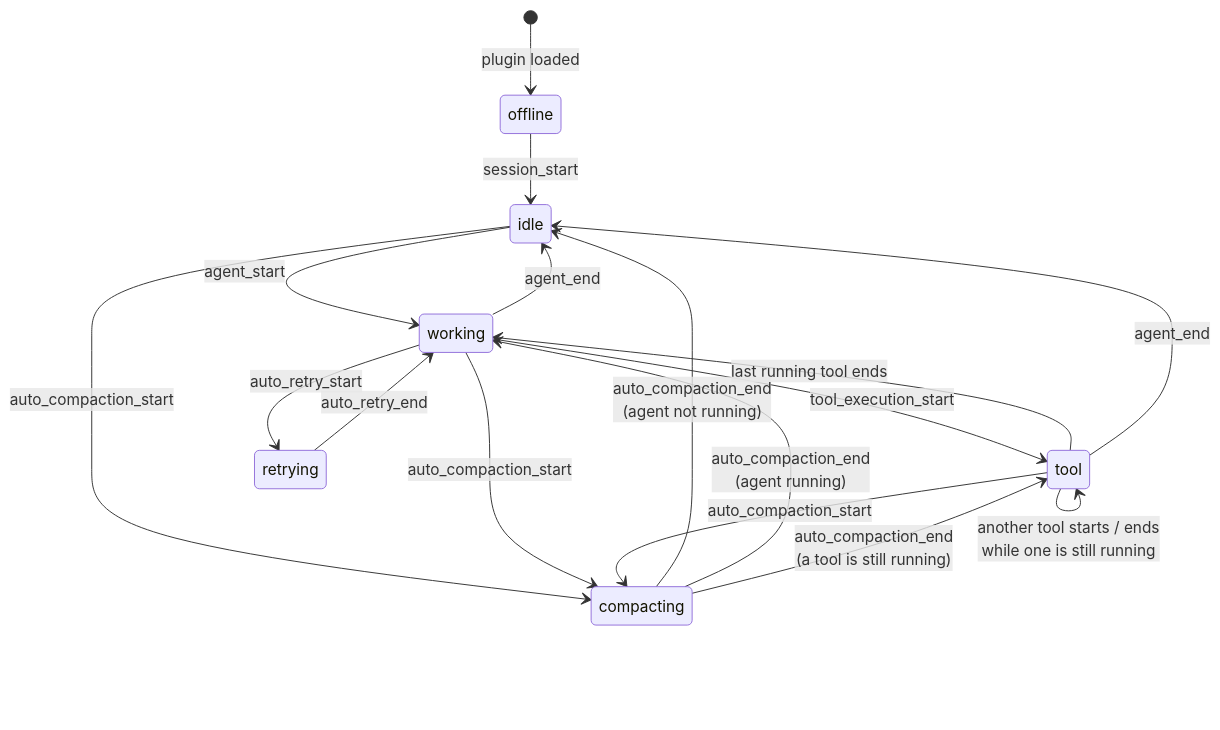
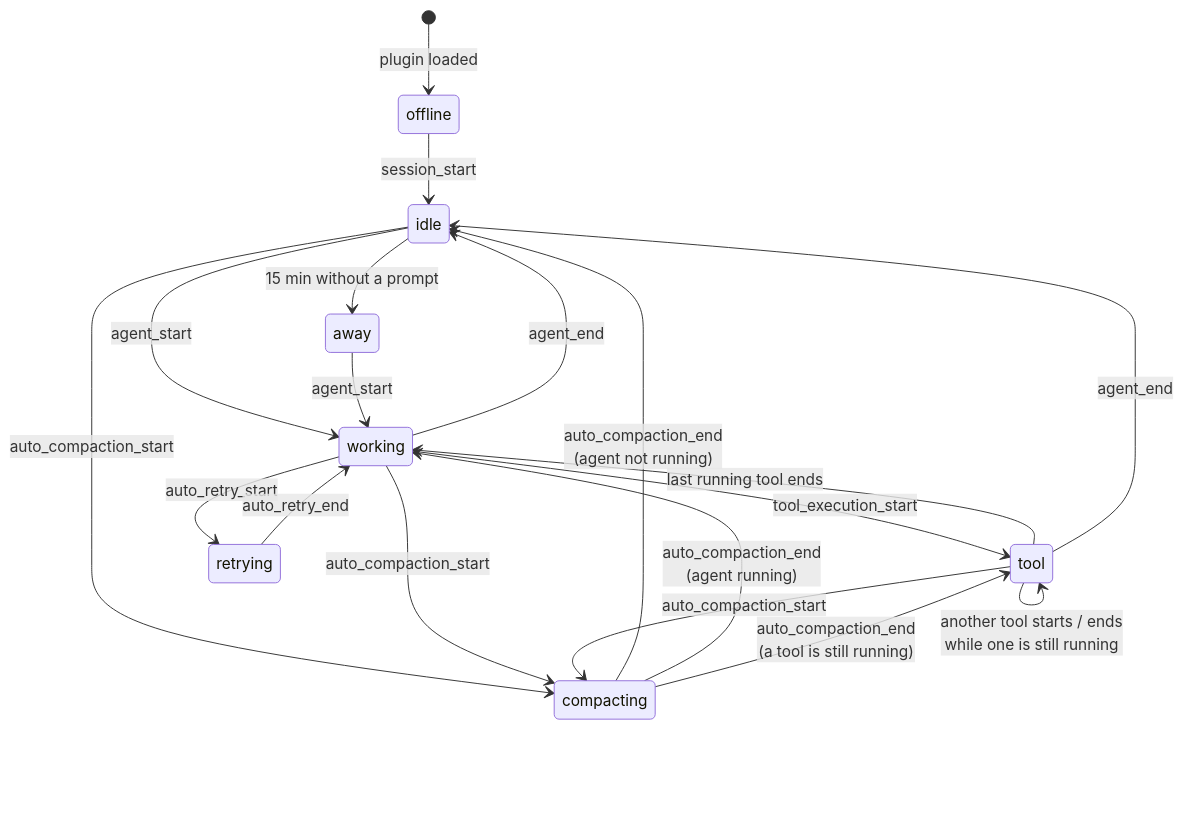
One commit to hiiruki/omp-discord-presence changed the third of 3 diagrams in README.md. Above: the diagram before and after it, drawn with Mermaid. The commit also changed other lines of this file and 1 other file, not shown here.

First line of the commit message:
feat: show away after 15 minutes idle

````diff
--- a/README.md
+++ b/README.md
@@ -142,19 +144,21 @@
 ```mermaid
 stateDiagram-v2
     [*] --> offline: plugin loaded
     offline --> idle: session_start
     idle --> working: agent_start
     working --> tool: tool_execution_start
     tool --> tool: another tool starts / ends<br/>while one is still running
     tool --> working: last running tool ends
     working --> idle: agent_end
     tool --> idle: agent_end
     working --> retrying: auto_retry_start
     retrying --> working: auto_retry_end
+    idle --> away: 15 min without a prompt
+    away --> working: agent_start
     idle --> compacting: auto_compaction_start
     working --> compacting: auto_compaction_start
     tool --> compacting: auto_compaction_start
     compacting --> idle: auto_compaction_end<br/>(agent not running)
     compacting --> working: auto_compaction_end<br/>(agent running)
     compacting --> tool: auto_compaction_end<br/>(a tool is still running)
 ```
````
